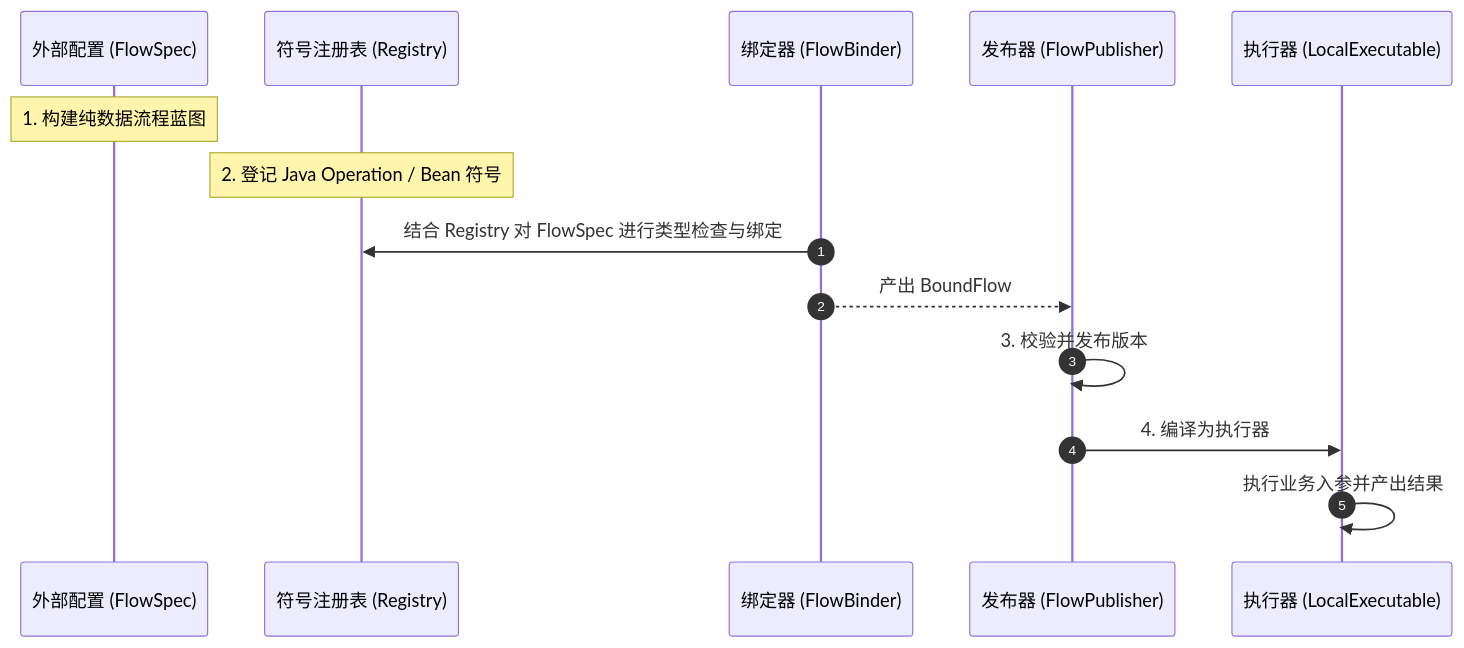
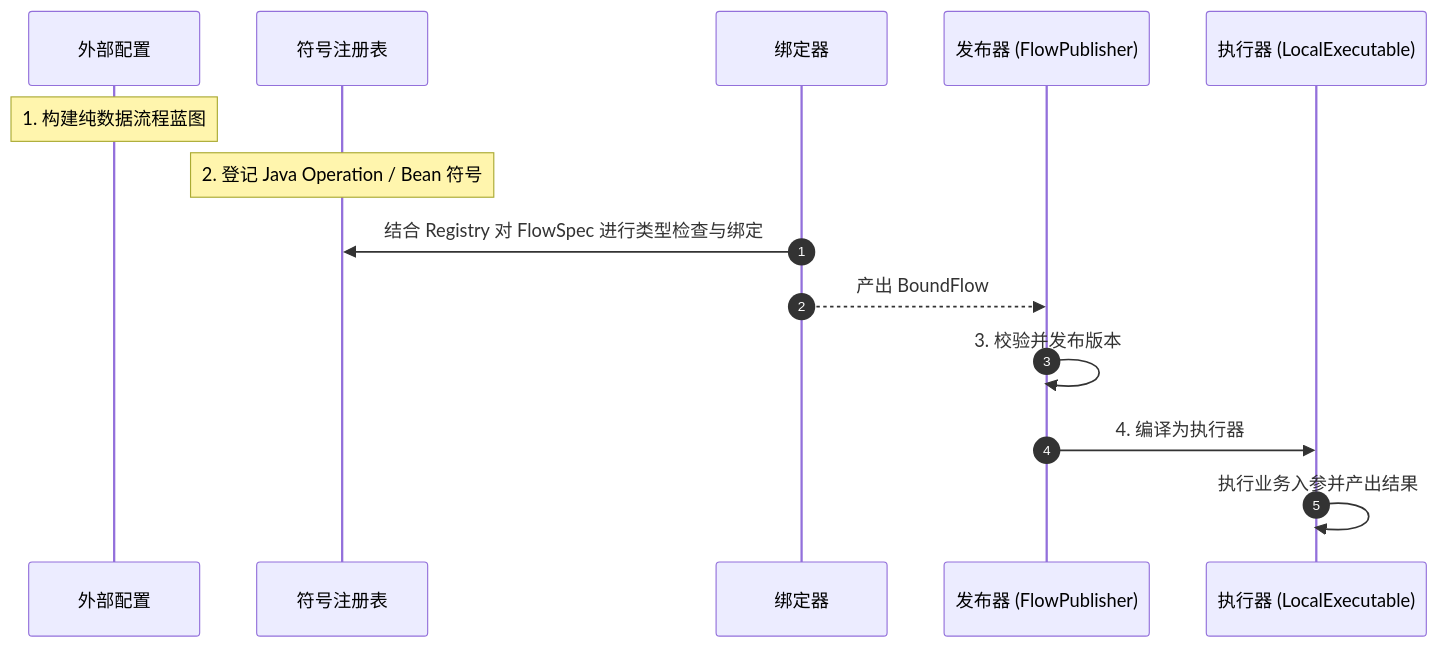
Before and after one commit to team4u/team4u-framework: the third of 4 diagrams in docs/flow/flow-definition.md, drawn with Mermaid. The commit also changed other lines of this file and 142 other files, not shown here.

````diff
--- a/docs/flow/flow-definition.md
+++ b/docs/flow/flow-definition.md
@@ -104,17 +104,17 @@
 ```mermaid
 sequenceDiagram
     autonumber
-    participant D as 外部配置 (FlowSpec)
-    participant R as 符号注册表 (Registry)
-    participant B as 绑定器 (FlowBinder)
+    participant D as 外部配置
+    participant R as 符号注册表
+    participant B as 绑定器
     participant P as 发布器 (FlowPublisher)
     participant E as 执行器 (LocalExecutable)
 
     Note over D: 1. 构建纯数据流程蓝图
     Note over R: 2. 登记 Java Operation / Bean 符号
     B->>R: 结合 Registry 对 FlowSpec 进行类型检查与绑定
     B-->>P: 产出 BoundFlow
     P->>P: 3. 校验并发布版本
     P->>E: 4. 编译为执行器
     E->>E: 执行业务入参并产出结果
 ```
````
